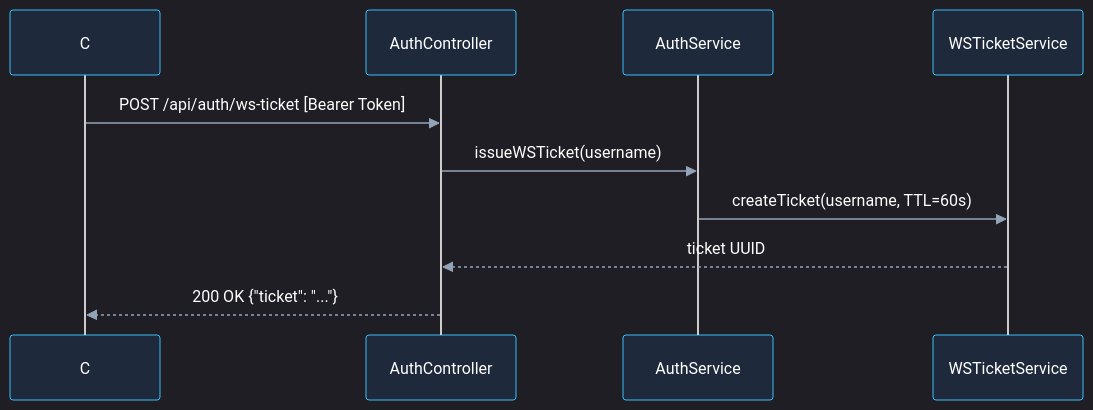
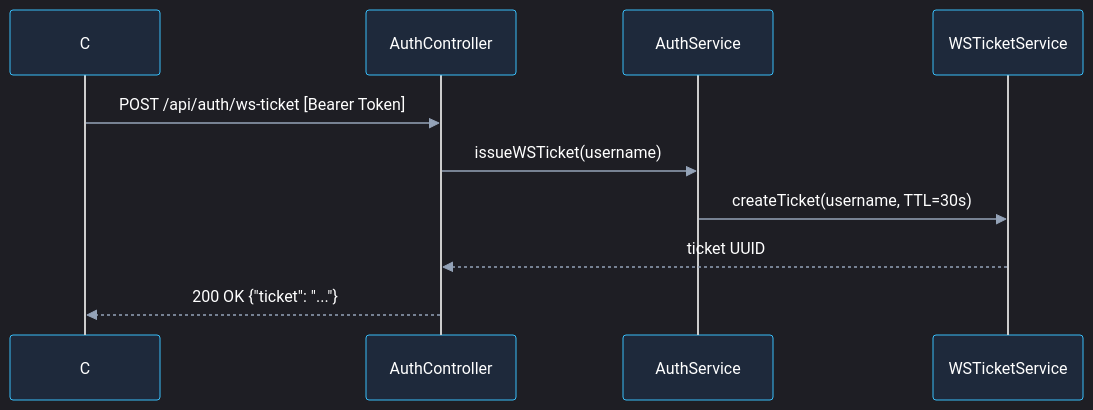
One commit to Mohitur669/speakit changed diagram 11 of 37 in docs/API-Spec.md. Above: the diagram before and after it, drawn with Mermaid. The commit also changed other lines of this file and 1 other file, not shown here.

First line of the commit message:
docs(api): address review feedback on payment verification, token claims, and service contracts

````diff
--- a/docs/API-Spec.md
+++ b/docs/API-Spec.md
@@ -777,9 +772,9 @@
 ```mermaid
 %%{init: {'theme': 'dark', 'themeVariables': {'textColor': '#ffffff', 'primaryTextColor': '#ffffff', 'actorTextColor': '#ffffff', 'actorBkg': '#1e293b', 'actorBorder': '#38bdf8', 'signalColor': '#94a3b8', 'signalTextColor': '#ffffff', 'labelTextColor': '#ffffff', 'loopTextColor': '#ffffff', 'noteTextColor': '#ffffff', 'noteBkgColor': '#0f172a', 'noteBorderColor': '#475569', 'activationBorderColor': '#38bdf8', 'activationBkgColor': '#334155', 'sequenceNumberColor': '#ffffff'}}}%%
 sequenceDiagram
     C->>AuthController: POST /api/auth/ws-ticket [Bearer Token]
     AuthController->>AuthService: issueWSTicket(username)
-    AuthService->>WSTicketService: createTicket(username, TTL=60s)
+    AuthService->>WSTicketService: createTicket(username, TTL=30s)
     WSTicketService-->>AuthController: ticket UUID
     AuthController-->>C: 200 OK {"ticket": "..."}
 ```
````
